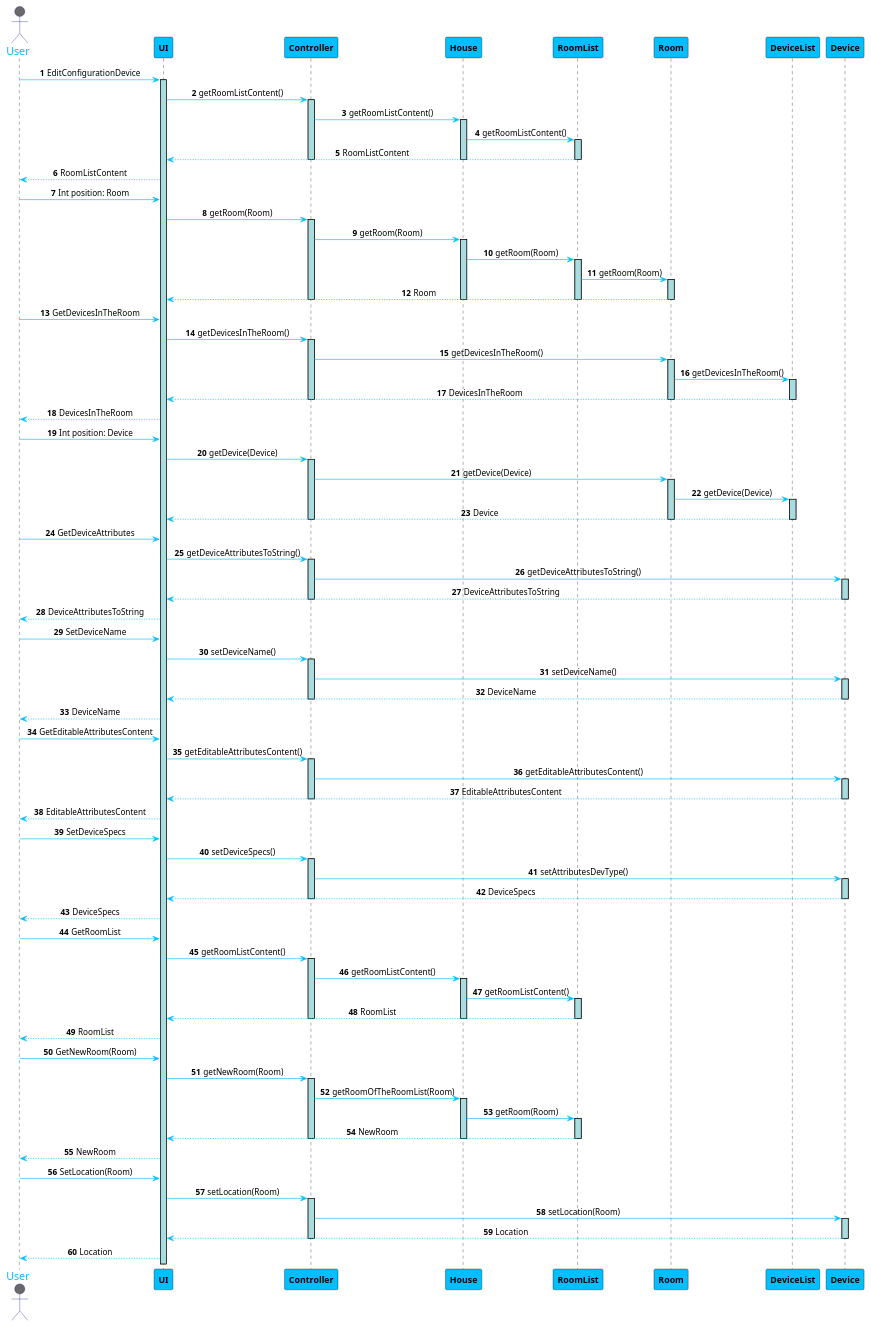
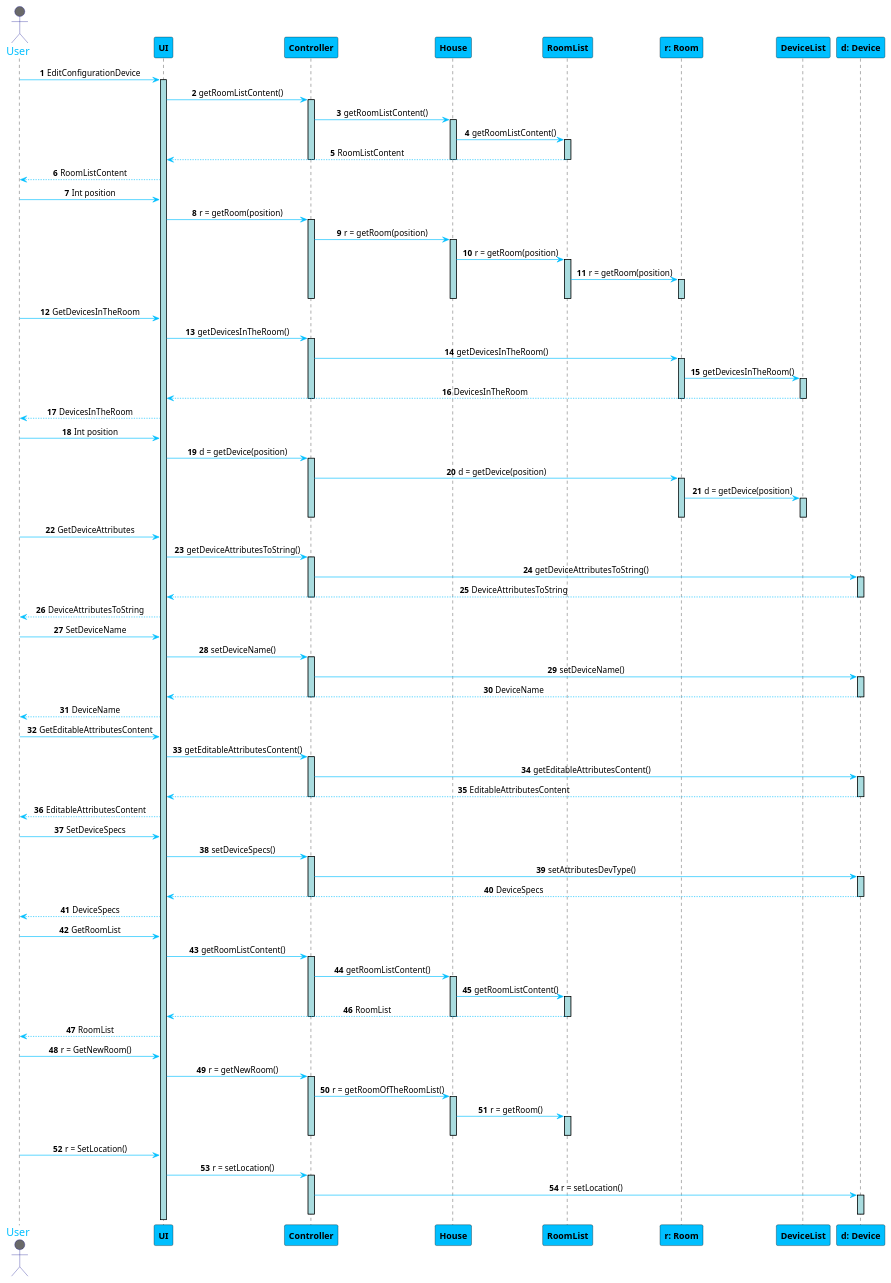
One commit to 1181687/hateoasToy changed the diagram in src/Docs/Sprint2/EditConfigurationDevice.puml. Above: the diagram before and after it, drawn with PlantUML. The commit also changed 6 other files, not shown here.

Commit message:
EditConfigurationDevice sequence diagram corrections

```diff
--- a/src/Docs/Sprint2/EditConfigurationDevice.puml
+++ b/src/Docs/Sprint2/EditConfigurationDevice.puml
@@ -1,152 +1,147 @@
 @startuml
 skinparam sequenceMessageAlign center
 skinparam sequence {
 	ArrowColor DeepSkyBlue
 	ActorBorderColor DarkBlue
 	LifeLineBorderColor black
 	LifeLineBackgroundColor #A9DCDF
 
 	ParticipantBorderColor Black
 	ParticipantBackgroundColor DeepSkyBlue
 	ParticipantFontStyle Bold
 
 	ActorBackgroundColor DimGrey
 	ActorFontColor DeepSkyBlue
 	ActorFontSize 17
 	ActorFontName Aapex
 }
 
 autonumber
 actor User
 User -> UI: EditConfigurationDevice
 activate UI
 UI -> Controller: getRoomListContent()
 activate Controller
 Controller -> House: getRoomListContent()
 activate House
 House -> RoomList: getRoomListContent()
 activate RoomList
 UI <-- RoomList: RoomListContent
 deactivate RoomList
 deactivate House
 deactivate Controller
 User <-- UI: RoomListContent
 
-User -> UI: Int position: Room
-UI -> Controller: getRoom(Room)
+User -> UI: Int position
+UI -> Controller: r = getRoom(position)
 activate Controller
-Controller -> House: getRoom(Room)
+Controller -> House: r = getRoom(position)
 activate House
-House -> RoomList: getRoom(Room)
+House -> RoomList: r = getRoom(position)
 activate RoomList
-RoomList -> Room: getRoom(Room)
-activate Room
-UI <-- Room: Room
-deactivate Room
+RoomList -> "r: Room": r = getRoom(position)
+activate "r: Room"
+deactivate "r: Room"
 deactivate RoomList
 deactivate House
 deactivate Controller
 
 User -> UI: GetDevicesInTheRoom
 UI -> Controller: getDevicesInTheRoom()
 activate Controller
-Controller -> Room: getDevicesInTheRoom()
-activate Room
-Room -> DeviceList: getDevicesInTheRoom()
+Controller -> "r: Room": getDevicesInTheRoom()
+activate "r: Room"
+"r: Room" -> DeviceList: getDevicesInTheRoom()
 activate DeviceList
 UI <-- DeviceList: DevicesInTheRoom
 deactivate DeviceList
-deactivate Room
+deactivate "r: Room"
 deactivate Controller
 User <-- UI: DevicesInTheRoom
 
-User -> UI: Int position: Device
-UI -> Controller: getDevice(Device)
+User -> UI: Int position
+UI -> Controller: d = getDevice(position)
 activate Controller
-Controller -> Room: getDevice(Device)
-activate Room
-Room -> DeviceList: getDevice(Device)
+Controller -> "r: Room": d = getDevice(position)
+activate "r: Room"
+"r: Room" -> DeviceList: d = getDevice(position)
 activate DeviceList
-UI <-- DeviceList: Device
 deactivate DeviceList
-deactivate Room
+deactivate "r: Room"
 deactivate Controller
 
 User -> UI: GetDeviceAttributes
 UI -> Controller: getDeviceAttributesToString()
 activate Controller
-Controller -> Device: getDeviceAttributesToString()
-activate Device
-UI <-- Device: DeviceAttributesToString
-deactivate Device
+Controller -> "d: Device": getDeviceAttributesToString()
+activate "d: Device"
+UI <-- "d: Device": DeviceAttributesToString
+deactivate "d: Device"
 deactivate Controller
 User <-- UI: DeviceAttributesToString
 
 User -> UI: SetDeviceName
 UI -> Controller: setDeviceName()
 activate Controller
-Controller -> Device: setDeviceName()
-activate Device
-UI <-- Device: DeviceName
-deactivate Device
+Controller -> "d: Device": setDeviceName()
+activate "d: Device"
+UI <-- "d: Device": DeviceName
+deactivate "d: Device"
 deactivate Controller
 User <-- UI: DeviceName
 
 User -> UI: GetEditableAttributesContent
 UI -> Controller: getEditableAttributesContent()
 activate Controller
-Controller -> Device: getEditableAttributesContent()
-activate Device
-UI <-- Device: EditableAttributesContent
-deactivate Device
+Controller -> "d: Device": getEditableAttributesContent()
+activate "d: Device"
+UI <-- "d: Device": EditableAttributesContent
+deactivate "d: Device"
 deactivate Controller
 User <-- UI: EditableAttributesContent
 
 User -> UI: SetDeviceSpecs
 UI -> Controller: setDeviceSpecs()
 activate Controller
-Controller -> Device: setAttributesDevType()
-activate Device
-UI <-- Device: DeviceSpecs
-deactivate Device
+Controller -> "d: Device": setAttributesDevType()
+activate "d: Device"
+UI <-- "d: Device": DeviceSpecs
+deactivate "d: Device"
 deactivate Controller
 User <-- UI: DeviceSpecs
 
 User -> UI: GetRoomList
 UI -> Controller: getRoomListContent()
 activate Controller
 Controller -> House: getRoomListContent()
 activate House
 House -> RoomList: getRoomListContent()
 activate RoomList
 UI <-- RoomList: RoomList
 deactivate RoomList
 deactivate House
 deactivate Controller
 User <-- UI: RoomList
 
-User -> UI: GetNewRoom(Room)
-UI -> Controller: getNewRoom(Room)
+User -> UI: r = GetNewRoom()
+UI -> Controller: r = getNewRoom()
 activate Controller
-Controller -> House: getRoomOfTheRoomList(Room)
+Controller -> House: r = getRoomOfTheRoomList()
 activate House
-House -> RoomList: getRoom(Room)
+House -> RoomList: r = getRoom()
 activate RoomList
-UI <-- RoomList: NewRoom
 deactivate RoomList
 deactivate House
 deactivate Controller
-User <-- UI: NewRoom
 
-User -> UI: SetLocation(Room)
-UI -> Controller: setLocation(Room)
+
+User -> UI: r = SetLocation()
+UI -> Controller: r = setLocation()
 activate Controller
-Controller -> Device: setLocation(Room)
-activate Device
-UI <-- Device: Location
-deactivate Device
+Controller -> "d: Device": r = setLocation()
+activate "d: Device"
+deactivate "d: Device"
 deactivate House
 deactivate Controller
-User <-- UI: Location
 
 @enduml
```
